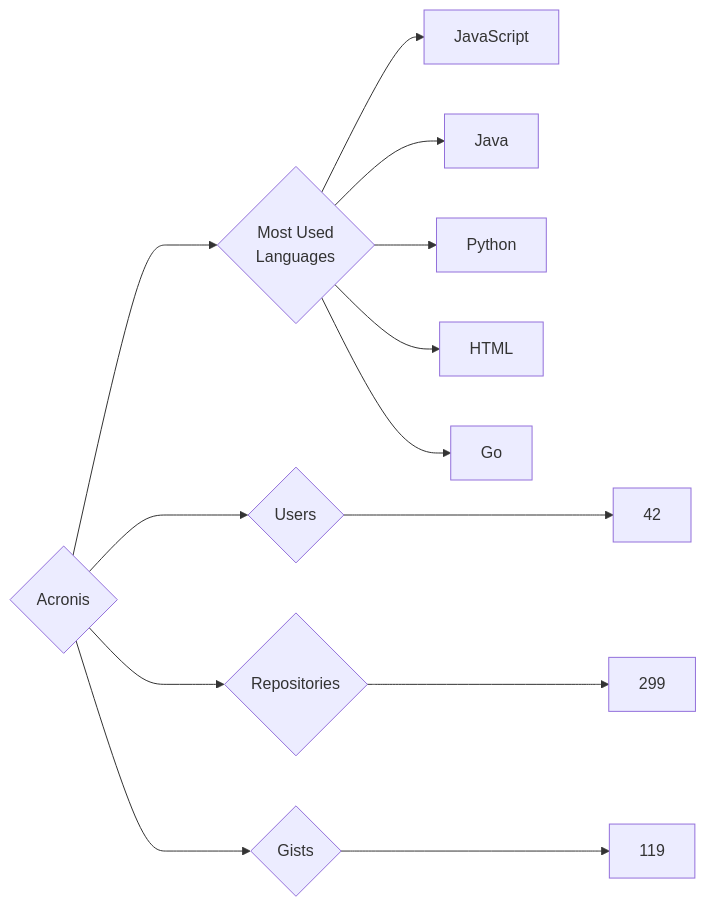
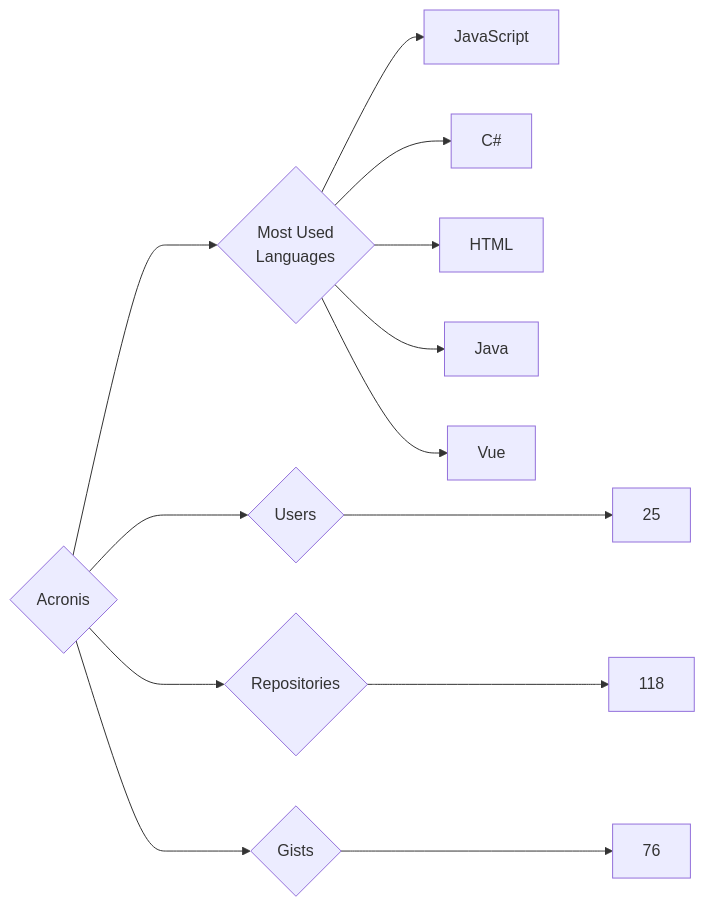
One commit to trickest/insiders changed the diagram in targets/Acronis/README.md. Above: the diagram before and after it, drawn with Mermaid. The commit also changed 629 other files, not shown here.

````diff
--- a/targets/Acronis/README.md
+++ b/targets/Acronis/README.md
@@ -3,13 +3,13 @@
 ```mermaid
 graph LR
 COMPANY_NAME{Acronis}
-COMPANY_NAME ---> U{Users} ---> UN[42]
-COMPANY_NAME ---> R{Repositories} ---> RN[299]
-COMPANY_NAME ---> G{Gists} ---> GN[119]
+COMPANY_NAME ---> U{Users} ---> UN[25]
+COMPANY_NAME ---> R{Repositories} ---> RN[118]
+COMPANY_NAME ---> G{Gists} ---> GN[76]
 COMPANY_NAME ---> ML{Most Used<br>Languages}
 ML --> JavaScript[JavaScript]
+ML --> C#[C#]
+ML --> HTML[HTML]
 ML --> Java[Java]
-ML --> Python[Python]
-ML --> HTML[HTML]
-ML --> Go[Go]
+ML --> Vue[Vue]
 ```
````
